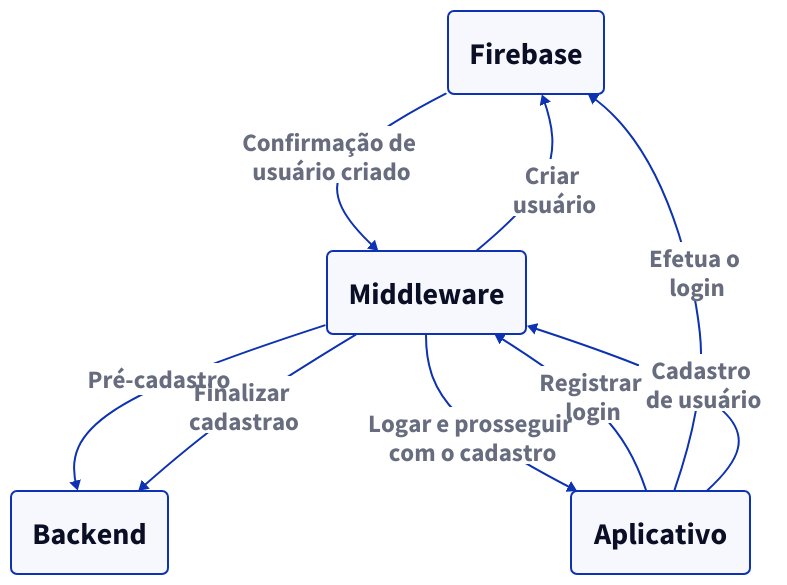
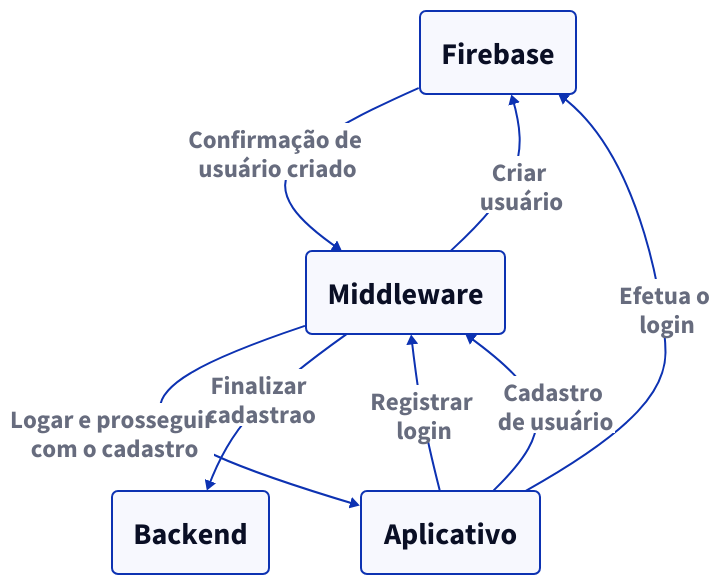
One commit to ProtectMeNow/documentacao changed the diagram in diagramas/cadastro-usuario/login-nao-social.d2. Above: the diagram before and after it, drawn with D2. The commit also changed 5 other files, not shown here.

```diff
--- a/diagramas/cadastro-usuario/login-nao-social.d2
+++ b/diagramas/cadastro-usuario/login-nao-social.d2
@@ -1,89 +1,82 @@
 # Objetos
 
 Firebase: {
   style: {
     border-radius: 6
     font-size: 30
   }
 }
 
 Aplicativo: {
   style: {
     border-radius: 6
     font-size: 30
   }
 }
 
 Middleware: {
   style: {
     border-radius: 6
     font-size: 30
   }
 }
 
 Backend: {
   style: {
     border-radius: 6
     font-size: 30
   }
 }
 
 
 
 # Relacionamentos
 
 Aplicativo -> Middleware: Registrar\n login {
   style: {
     font-size: 25
     bold: true
   }
 }
 
 Middleware -> Firebase: Criar\n usuário {
   style: {
     font-size: 25
     bold: true
   }
 }
 
 Firebase -> Middleware: Confirmação de\n usuário criado {
   style: {
     font-size: 25
     bold: true
   }
 }
 
-Middleware -> Backend: Pré-cadastro {
-  style: {
-    font-size: 25
-    bold: true
-  }
-}
-
 Middleware -> Aplicativo: Logar e prosseguir\n com o cadastro {
   style: {
     font-size: 25
     bold: true
   }
 }
 
 Aplicativo -> Firebase: Efetua o\n login {
   style: {
     font-size: 25
     bold: true
   }
 }
 
 Aplicativo -> Middleware: Cadastro\n de usuário {
   style: {
     font-size: 25
     bold: true
   }
 }
 
 Middleware -> Backend: Finalizar\n cadastrao {
   style: {
     font-size: 25
     bold: true
   }
 }
```
